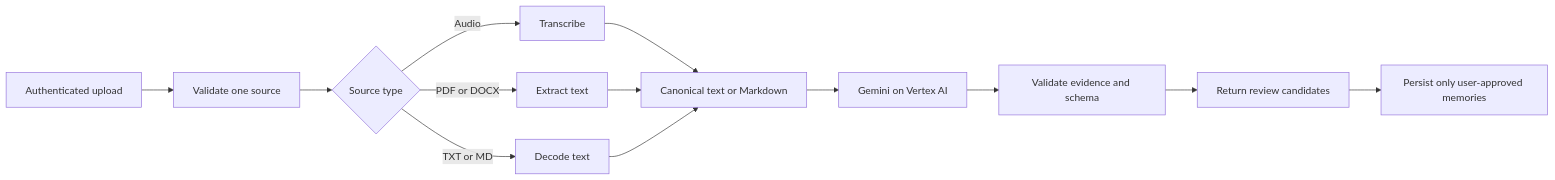
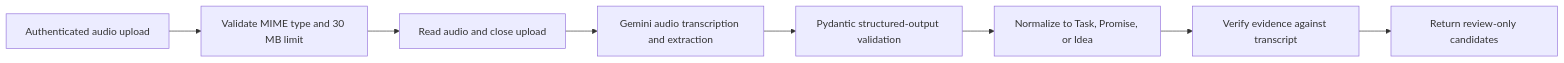
Before and after one commit to YadavIshant0808/nyc-r2-api: the diagram in README.md, drawn with Mermaid. The commit also changed other lines of this file, not shown here.

Commit message:
feat: update README to reflect audio analysis capabilities and processing flow

````diff
--- a/README.md
+++ b/README.md
@@ -28,15 +31,10 @@
 ```mermaid
 flowchart LR
-    A[Authenticated upload] --> B[Validate one source]
-    B --> C{Source type}
-    C -->|Audio| D[Transcribe]
-    C -->|PDF or DOCX| E[Extract text]
-    C -->|TXT or MD| F[Decode text]
-    D --> G[Canonical text or Markdown]
-    E --> G
-    F --> G
-    G --> H[Gemini on Vertex AI]
-    H --> I[Validate evidence and schema]
-    I --> J[Return review candidates]
-    J --> K[Persist only user-approved memories]
+    A[Authenticated audio upload] --> B[Validate MIME type and 30 MB limit]
+    B --> C[Read audio and close upload]
+    C --> D[Gemini audio transcription and extraction]
+    D --> E[Pydantic structured-output validation]
+    E --> F[Normalize to Task, Promise, or Idea]
+    F --> G[Verify evidence against transcript]
+    G --> H[Return review-only candidates]
 ```
````
